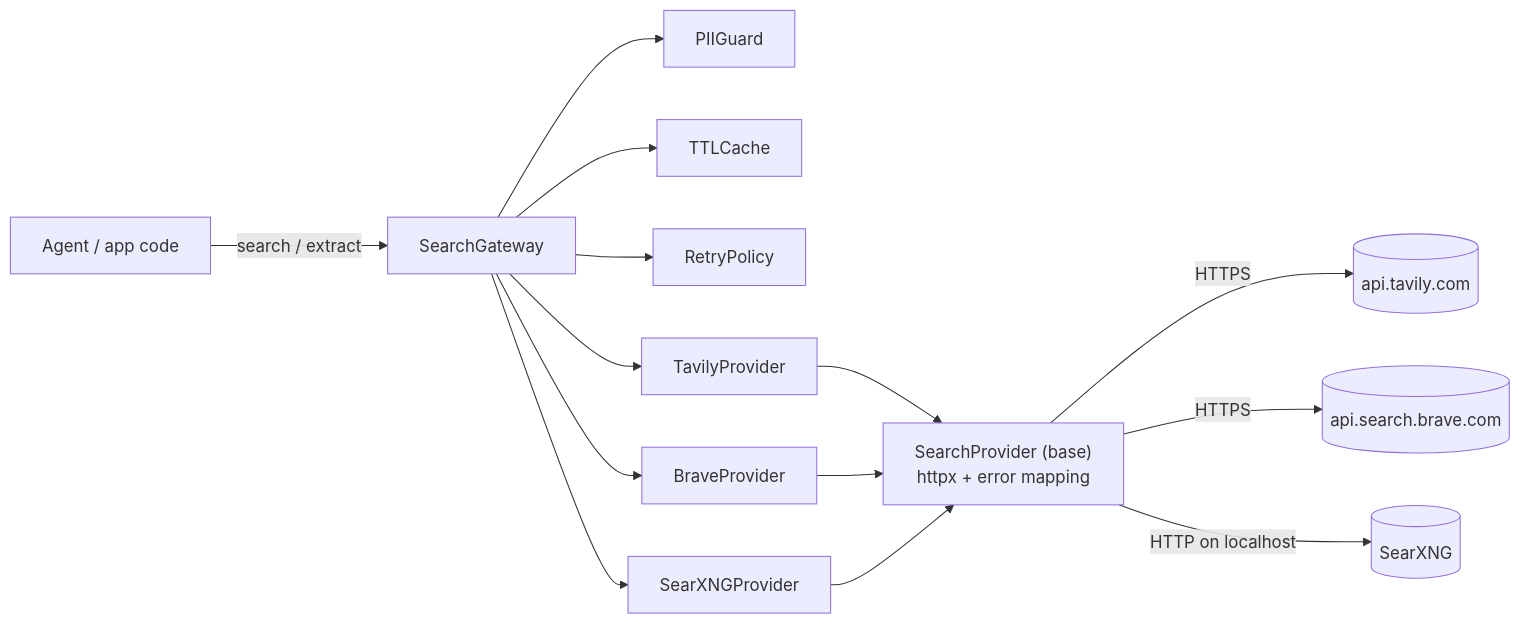
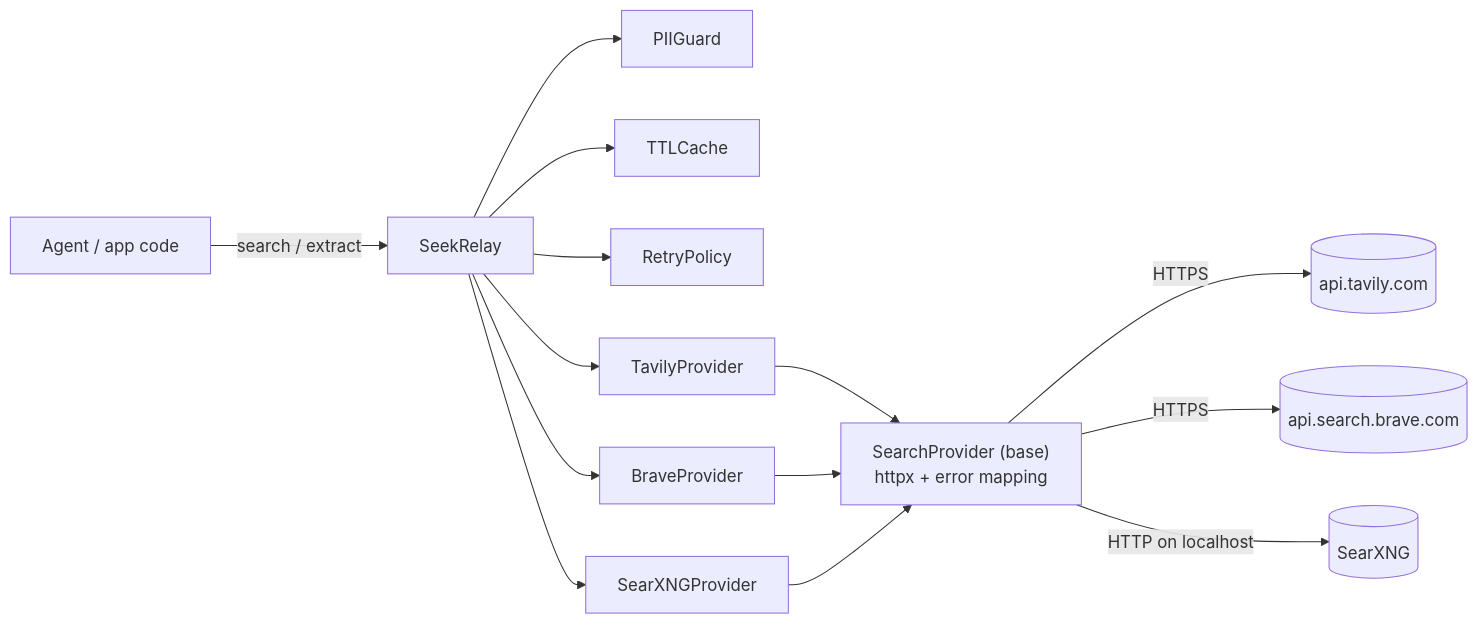
One commit to MaksicosUA/SeekRelay changed the first of 2 diagrams in docs/ARCHITECTURE.md. Above: the diagram before and after it, drawn with Mermaid. The commit also changed other lines of this file and 22 other files, not shown here.

First line of the commit message:
Rename SearchGateway to SeekRelay

````diff
--- a/docs/ARCHITECTURE.md
+++ b/docs/ARCHITECTURE.md
@@ -19,14 +19,14 @@
 ```mermaid
 flowchart LR
-    App["Agent / app code"] -->|search / extract| GW[SearchGateway]
-    GW --> PII[PIIGuard]
-    GW --> Cache[TTLCache]
-    GW --> RP[RetryPolicy]
-    GW --> P1[TavilyProvider]
-    GW --> P2[BraveProvider]
-    GW --> P3[SearXNGProvider]
+    App["Agent / app code"] -->|search / extract| SR[SeekRelay]
+    SR --> PII[PIIGuard]
+    SR --> Cache[TTLCache]
+    SR --> RP[RetryPolicy]
+    SR --> P1[TavilyProvider]
+    SR --> P2[BraveProvider]
+    SR --> P3[SearXNGProvider]
     P1 & P2 & P3 --> Base["SearchProvider (base)<br/>httpx + error mapping"]
     Base -->|HTTPS| Tavily[(api.tavily.com)]
     Base -->|HTTPS| Brave[(api.search.brave.com)]
     Base -->|HTTP on localhost| SX[(SearXNG)]
 ```
````
